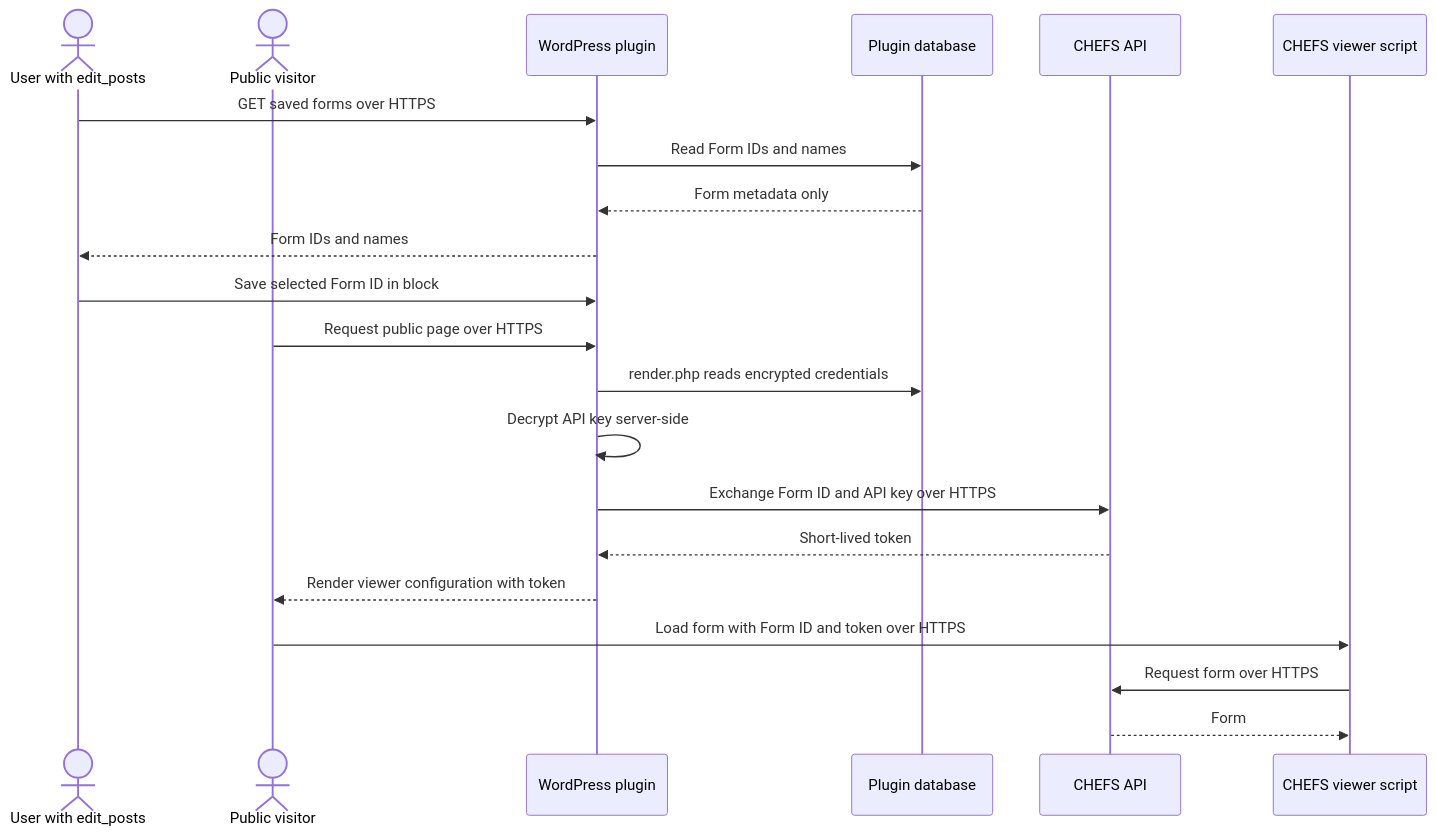
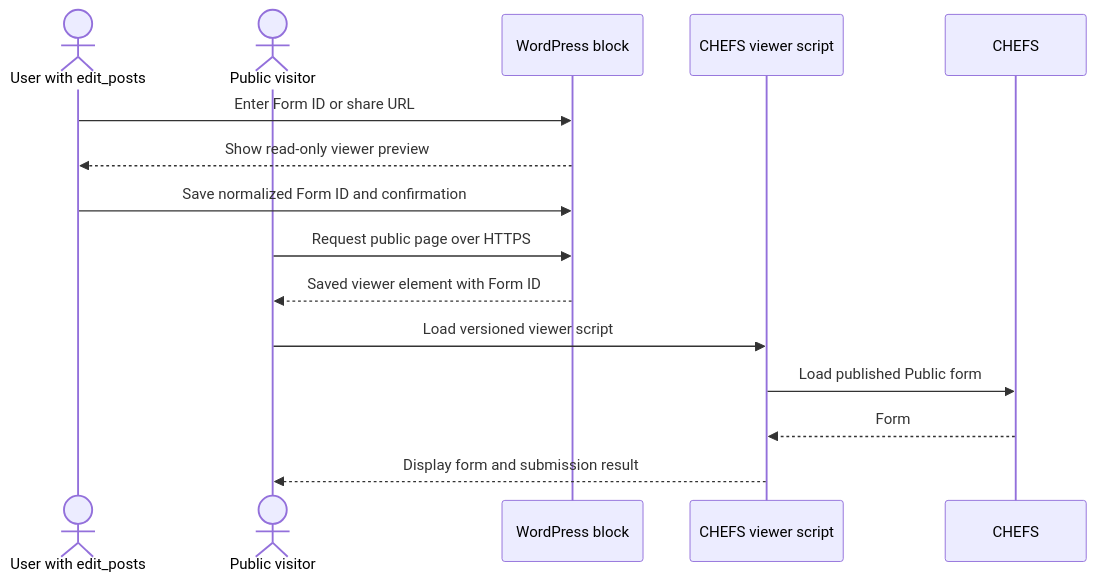
Before and after one commit to bcgov/bcew-monorepo: the diagram in plugins/bcew-chefs-embed/docs/developer/block-architecture.md, drawn with Mermaid. The commit also changed other lines of this file and 12 other files, not shown here.

Commit message:
chore(dswp-1370): audit CHEFS API removal

````diff
--- a/plugins/bcew-chefs-embed/docs/developer/block-architecture.md
+++ b/plugins/bcew-chefs-embed/docs/developer/block-architecture.md
@@ -29,25 +29,19 @@
 ```mermaid
 sequenceDiagram
     actor Editor as User with edit_posts
     actor Visitor as Public visitor
-    participant WP as WordPress plugin
-    participant DB as Plugin database
-    participant CHEFS as CHEFS API
+    participant WP as WordPress block
     participant Viewer as CHEFS viewer script
+    participant CHEFS as CHEFS
 
-    Editor->>WP: GET saved forms over HTTPS
-    WP->>DB: Read Form IDs and names
-    DB-->>WP: Form metadata only
-    WP-->>Editor: Form IDs and names
-    Editor->>WP: Save selected Form ID in block
+    Editor->>WP: Enter Form ID or share URL
+    WP-->>Editor: Show read-only viewer preview
+    Editor->>WP: Save normalized Form ID and confirmation
 
     Visitor->>WP: Request public page over HTTPS
-    WP->>DB: render.php reads encrypted credentials
-    WP->>WP: Decrypt API key server-side
-    WP->>CHEFS: Exchange Form ID and API key over HTTPS
-    CHEFS-->>WP: Short-lived token
-    WP-->>Visitor: Render viewer configuration with token
-    Visitor->>Viewer: Load form with Form ID and token over HTTPS
-    Viewer->>CHEFS: Request form over HTTPS
+    WP-->>Visitor: Saved viewer element with Form ID
+    Visitor->>Viewer: Load versioned viewer script
+    Viewer->>CHEFS: Load published Public form
     CHEFS-->>Viewer: Form
+    Viewer-->>Visitor: Display form and submission result
 ```
````
